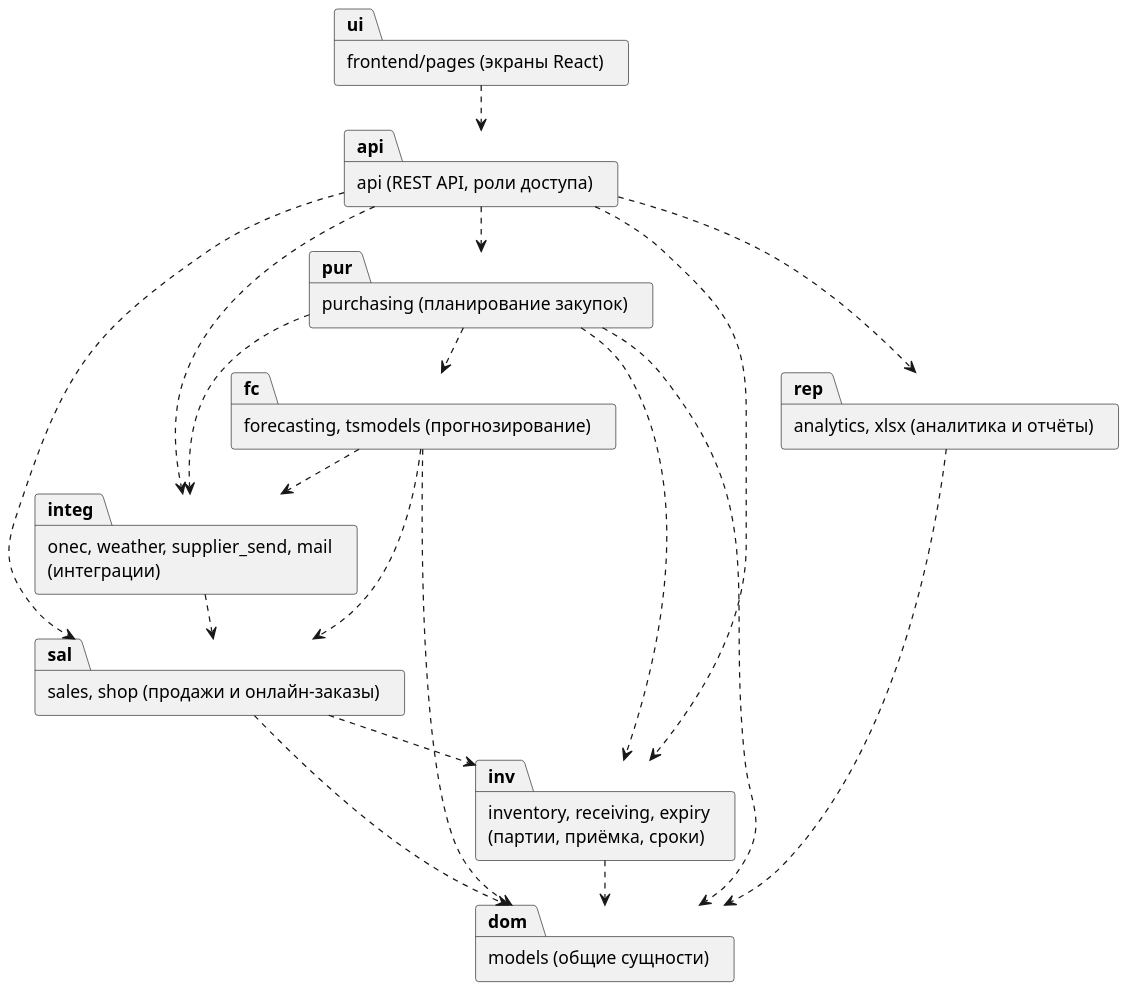
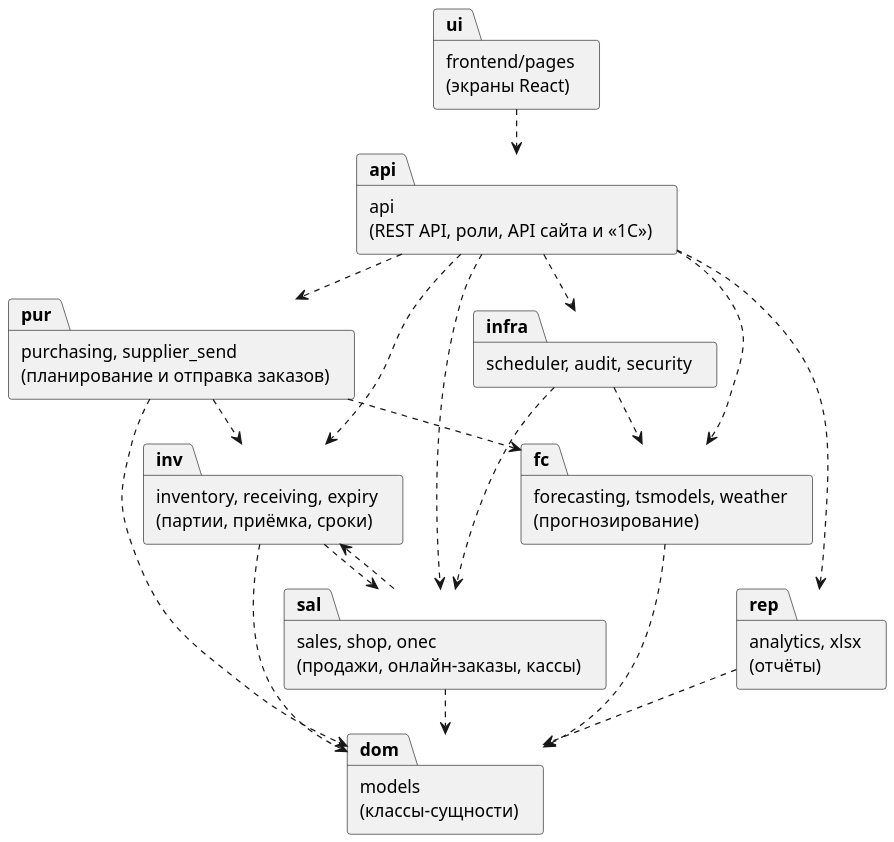
One commit to DarkSwordman999/flower-demand-planning changed the diagram in diagrams/uml_packages.puml. Above: the diagram before and after it, drawn with PlantUML. The commit also changed 69 other files, not shown here.

Commit message:
ПР 7-8 пересобран: диаграммы взаимодействия по всем вариантам использования, классы, состояния, компоненты и развёртывание

```diff
--- a/diagrams/uml_packages.puml
+++ b/diagrams/uml_packages.puml
@@ -1,34 +1,34 @@
 @startuml
 !pragma layout smetana
 skinparam dpi 150
 skinparam defaultFontName Arial
 skinparam shadowing false
 skinparam monochrome true
-package "frontend/pages (экраны React)" as ui
-package "api (REST API, роли доступа)" as api
-package "purchasing (планирование закупок)" as pur
+package "frontend/pages\n(экраны React)" as ui
+package "api\n(REST API, роли, API сайта и «1С»)" as api
+package "purchasing, supplier_send\n(планирование и отправка заказов)" as pur
 package "inventory, receiving, expiry\n(партии, приёмка, сроки)" as inv
-package "sales, shop (продажи и онлайн-заказы)" as sal
-package "forecasting, tsmodels (прогнозирование)" as fc
-package "onec, weather, supplier_send, mail\n(интеграции)" as integ
-package "analytics, xlsx (аналитика и отчёты)" as rep
-package "models (общие сущности)" as dom
+package "sales, shop, onec\n(продажи, онлайн-заказы, кассы)" as sal
+package "forecasting, tsmodels, weather\n(прогнозирование)" as fc
+package "analytics, xlsx\n(отчёты)" as rep
+package "models\n(классы-сущности)" as dom
+package "scheduler, audit, security" as infra
 ui ..> api
 api ..> pur
 api ..> inv
 api ..> sal
+api ..> fc
 api ..> rep
-api ..> integ
+api ..> infra
 pur ..> fc
 pur ..> inv
-pur ..> integ
+inv ..> sal
 sal ..> inv
-fc ..> sal
-fc ..> integ
-integ ..> sal
+fc ..> dom
 pur ..> dom
 inv ..> dom
 sal ..> dom
-fc ..> dom
 rep ..> dom
+infra ..> fc
+infra ..> sal
 @enduml
```
